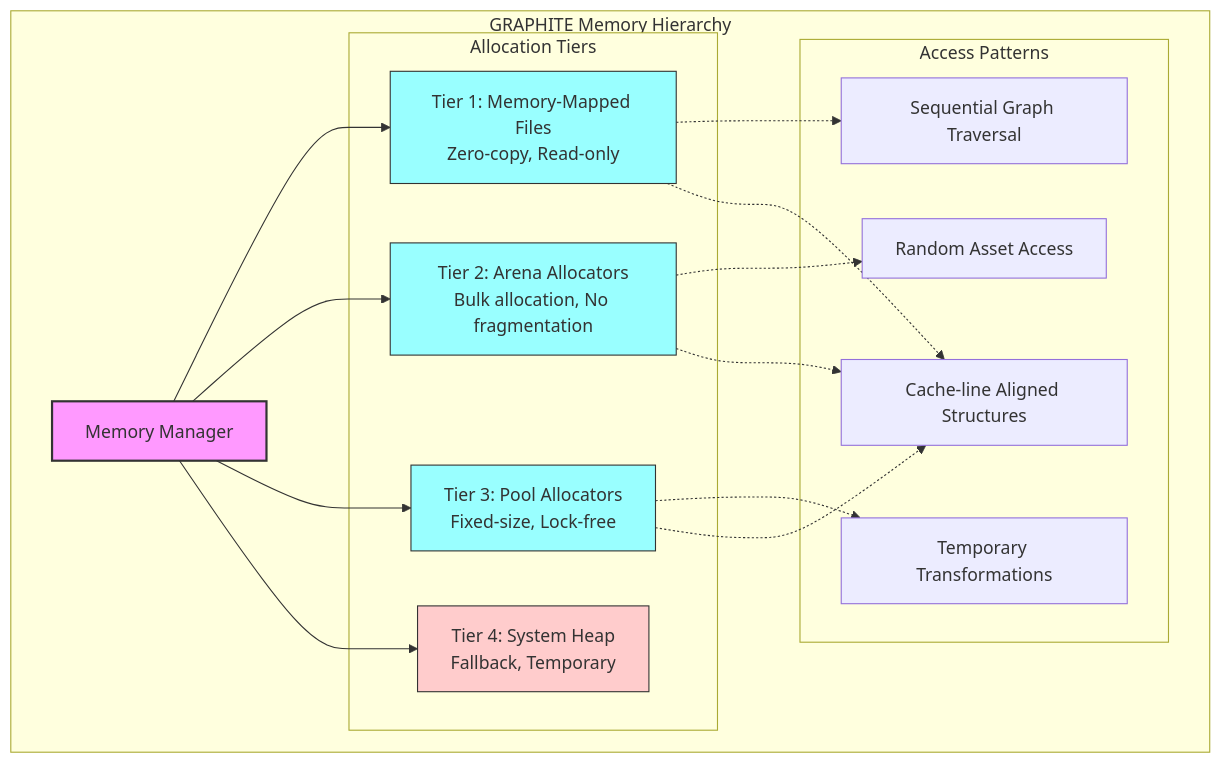
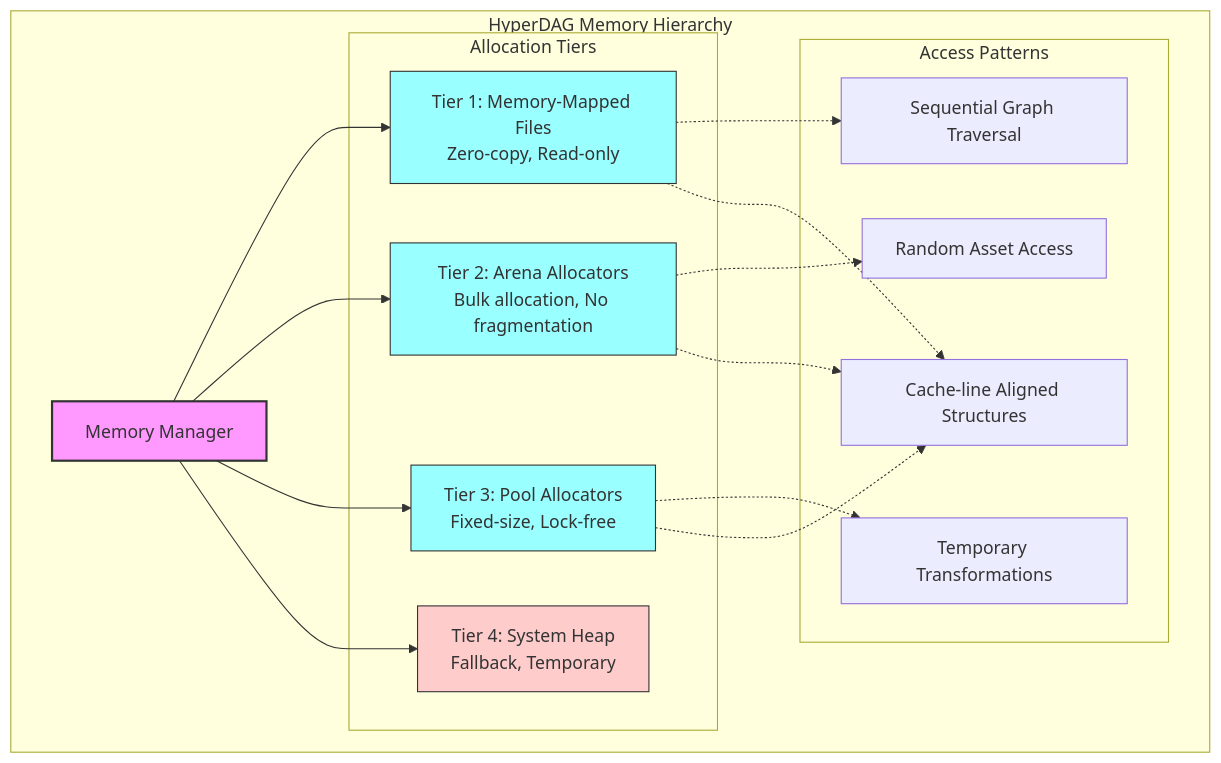
Before and after one commit to turtlgraph/docs: the first of 8 diagrams in volumes/volume-1-foundation/part-3-system-services.md, drawn with Mermaid. The commit also changed other lines of this file and 10 other files, not shown here.

First line of the commit message:
docs: Replace all GRAPHITE references with TurtlGraph/HyperDAG

````diff
--- a/volumes/volume-1-foundation/part-3-system-services.md
+++ b/volumes/volume-1-foundation/part-3-system-services.md
@@ -37,36 +37,36 @@
 ```mermaid
 graph TB
-    subgraph "GRAPHITE Memory Hierarchy"
+    subgraph "HyperDAG Memory Hierarchy"
         MM["Memory Manager"]
         
         subgraph "Allocation Tiers"
             T1["Tier 1: Memory-Mapped Files<br/>Zero-copy, Read-only"]
             T2["Tier 2: Arena Allocators<br/>Bulk allocation, No fragmentation"]
             T3["Tier 3: Pool Allocators<br/>Fixed-size, Lock-free"]
             T4["Tier 4: System Heap<br/>Fallback, Temporary"]
         end
         
         subgraph "Access Patterns"
             AP1["Sequential Graph Traversal"]
             AP2["Random Asset Access"]
             AP3["Temporary Transformations"]
             AP4["Cache-line Aligned Structures"]
         end
         
         MM --> T1
         MM --> T2
         MM --> T3
         MM --> T4
         
         T1 -.-> AP1
         T2 -.-> AP2
         T3 -.-> AP3
         T1 & T2 & T3 -.-> AP4
         
         style MM fill:#f9f,stroke:#333,stroke-width:2px
         style T1 fill:#9ff,stroke:#333,stroke-width:1px
         style T2 fill:#9ff,stroke:#333,stroke-width:1px
         style T3 fill:#9ff,stroke:#333,stroke-width:1px
         style T4 fill:#fcc,stroke:#333,stroke-width:1px
     end
 ```
````
